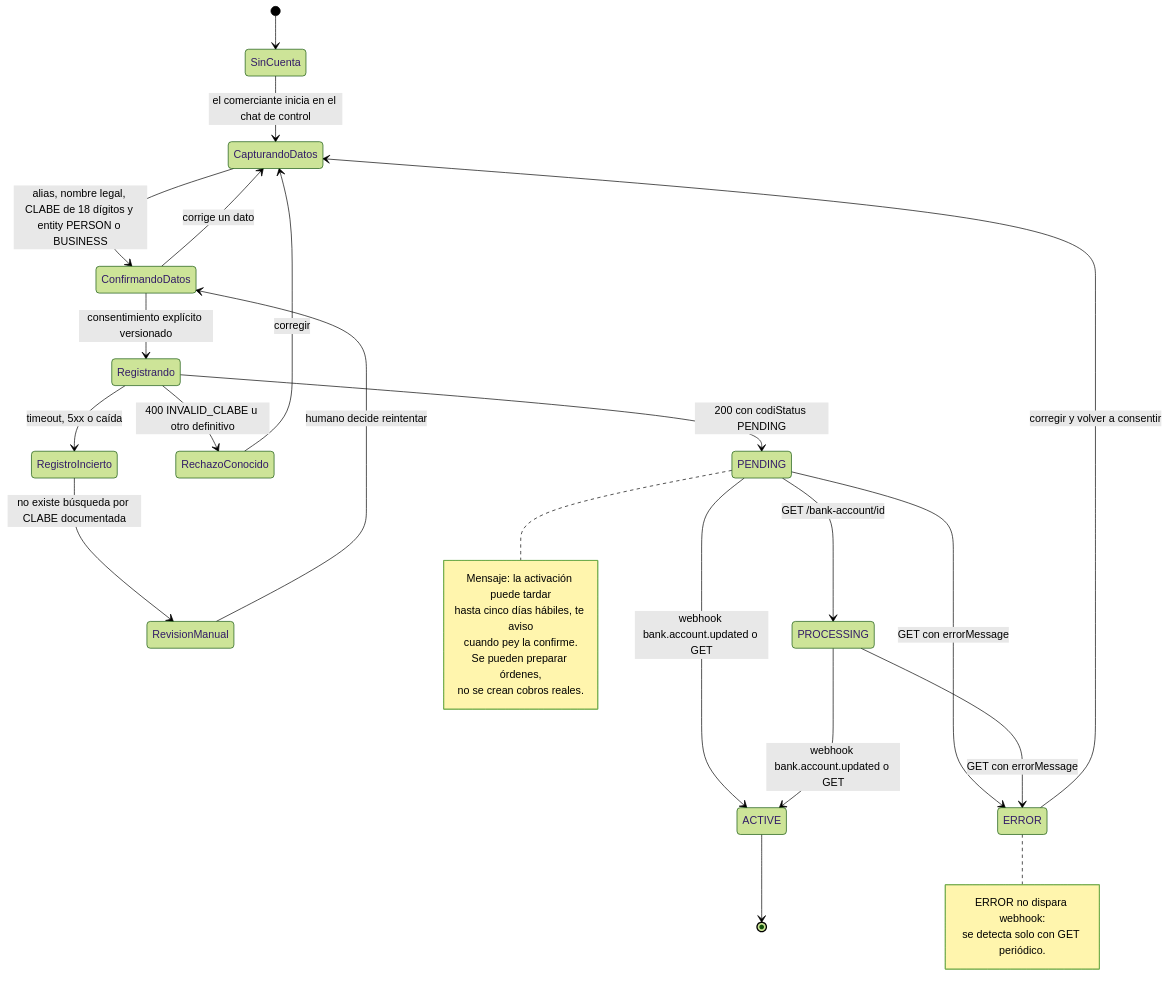
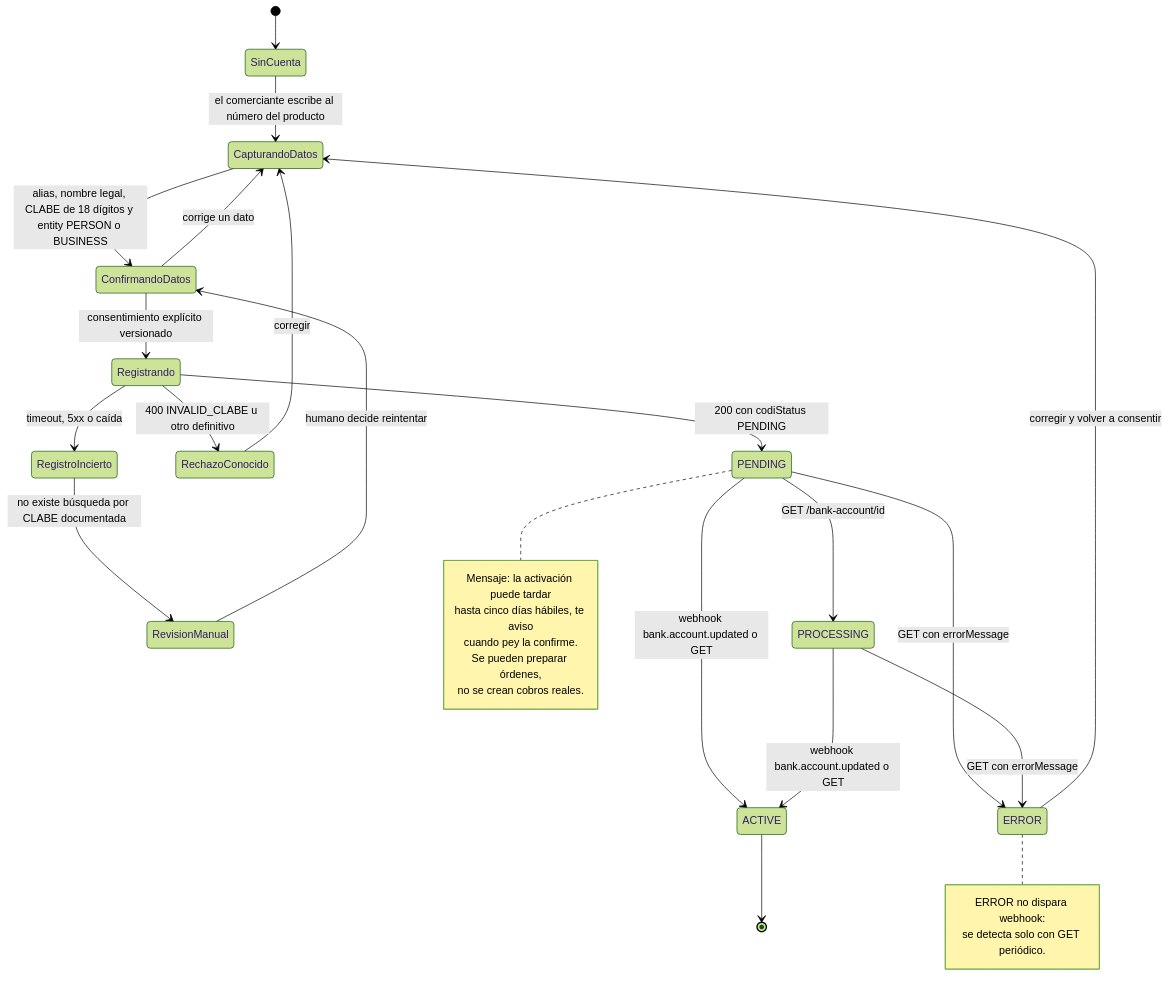
One commit to feraranas/pey-hackathon changed the diagram in docs/diagrams/estado-onboarding.mmd. Above: the diagram before and after it, drawn with Mermaid (forest theme). The commit also changed 33 other files, not shown here.

First line of the commit message:
UX y diseño: todo el diálogo comerciante-agente va por el número del producto

```diff
--- a/docs/diagrams/estado-onboarding.mmd
+++ b/docs/diagrams/estado-onboarding.mmd
@@ -1,31 +1,31 @@
 stateDiagram-v2
   direction TB
   [*] --> SinCuenta
-  SinCuenta --> CapturandoDatos: el comerciante inicia en el chat de control
+  SinCuenta --> CapturandoDatos: el comerciante escribe al número del producto
   CapturandoDatos --> ConfirmandoDatos: alias, nombre legal, CLABE de 18 dígitos y entity PERSON o BUSINESS
   ConfirmandoDatos --> CapturandoDatos: corrige un dato
   ConfirmandoDatos --> Registrando: consentimiento explícito versionado
   Registrando --> PENDING: 200 con codiStatus PENDING
   Registrando --> RechazoConocido: 400 INVALID_CLABE u otro definitivo
   Registrando --> RegistroIncierto: timeout, 5xx o caída
   RegistroIncierto --> RevisionManual: no existe búsqueda por CLABE documentada
   RevisionManual --> ConfirmandoDatos: humano decide reintentar
   RechazoConocido --> CapturandoDatos: corregir
   PENDING --> PROCESSING: GET /bank-account/id
   PENDING --> ACTIVE: webhook bank.account.updated o GET
   PROCESSING --> ACTIVE: webhook bank.account.updated o GET
   PENDING --> ERROR: GET con errorMessage
   PROCESSING --> ERROR: GET con errorMessage
   ERROR --> CapturandoDatos: corregir y volver a consentir
   ACTIVE --> [*]
   note right of PENDING
     Mensaje: la activación puede tardar
     hasta cinco días hábiles, te aviso
     cuando pey la confirme.
     Se pueden preparar órdenes,
     no se crean cobros reales.
   end note
   note right of ERROR
     ERROR no dispara webhook:
     se detecta solo con GET periódico.
   end note
```
